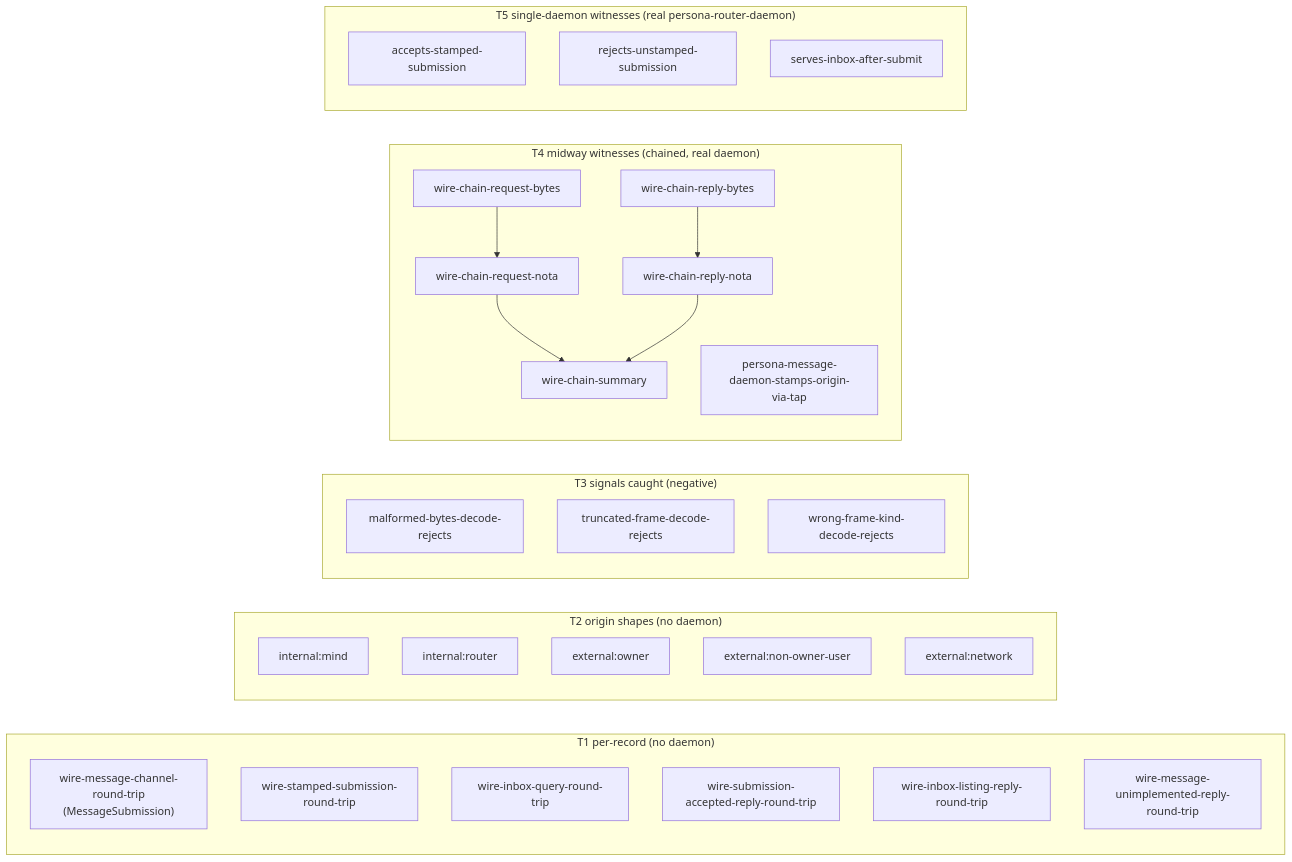
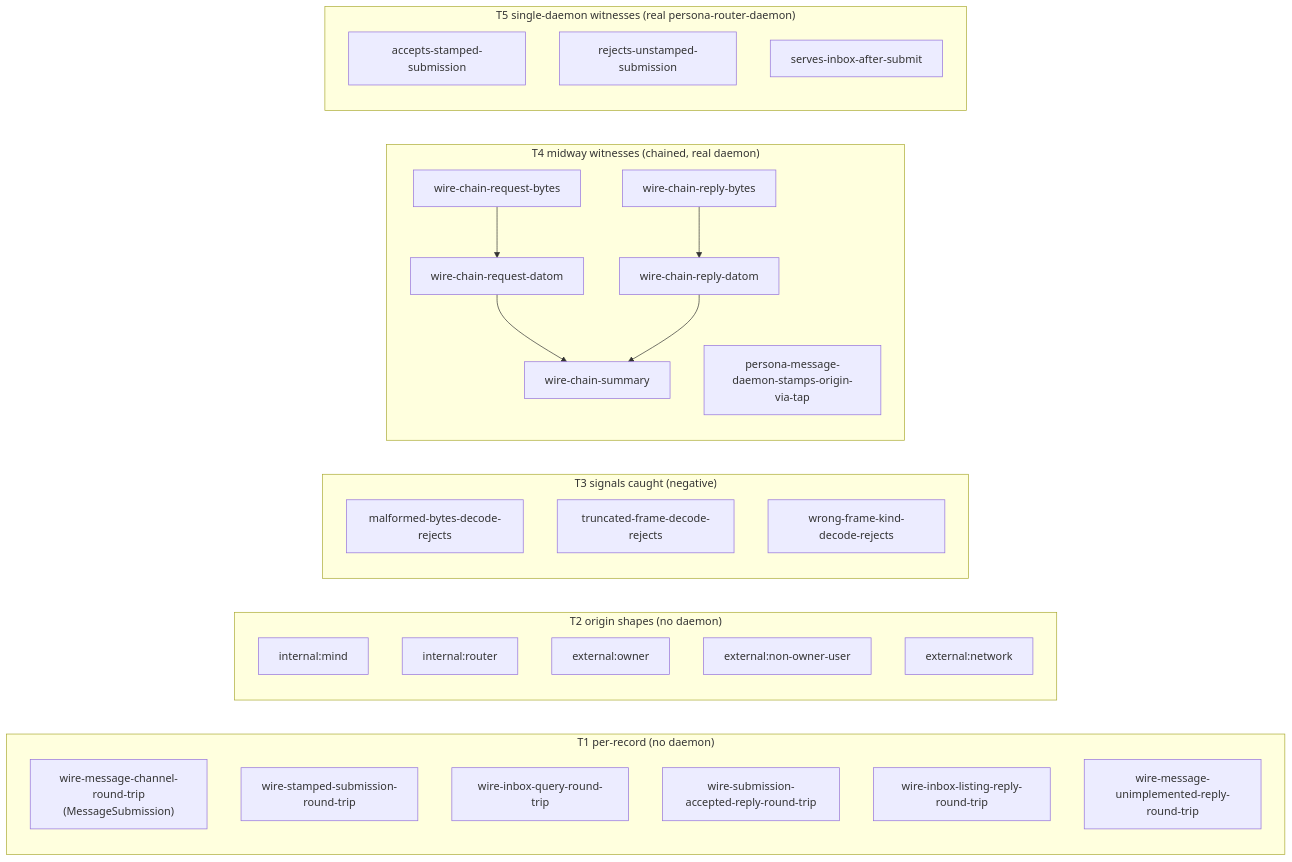
Before and after one commit to LiGoldragon/persona: the first of 3 diagrams in TESTS.md, drawn with Mermaid. The commit also changed other lines of this file and 8 other files, not shown here.

First line of the commit message:
Delete dotos; rename the retired nota surface to datom

````diff
--- a/TESTS.md
+++ b/TESTS.md
@@ -84,38 +84,38 @@
 ```mermaid
 flowchart LR
     subgraph T1["T1 per-record (no daemon)"]
         t1a["wire-message-channel-round-trip<br/>(MessageSubmission)"]
         t1b["wire-stamped-submission-round-trip"]
         t1c["wire-inbox-query-round-trip"]
         t1d["wire-submission-accepted-reply-round-trip"]
         t1e["wire-inbox-listing-reply-round-trip"]
         t1f["wire-message-unimplemented-reply-round-trip"]
     end
     subgraph T2["T2 origin shapes (no daemon)"]
         t2a["internal:mind"]
         t2b["internal:router"]
         t2c["external:owner"]
         t2d["external:non-owner-user"]
         t2e["external:network"]
     end
     subgraph T3["T3 signals caught (negative)"]
         t3a["malformed-bytes-decode-rejects"]
         t3b["truncated-frame-decode-rejects"]
         t3c["wrong-frame-kind-decode-rejects"]
     end
     subgraph T4["T4 midway witnesses (chained, real daemon)"]
         t4a["wire-chain-request-bytes"]
-        t4b["wire-chain-request-nota"]
+        t4b["wire-chain-request-datom"]
         t4c["wire-chain-reply-bytes"]
-        t4d["wire-chain-reply-nota"]
+        t4d["wire-chain-reply-datom"]
         t4e["wire-chain-summary"]
         t4f["persona-message-daemon-stamps-origin-via-tap"]
         t4a --> t4b --> t4e
         t4c --> t4d --> t4e
     end
     subgraph T5["T5 single-daemon witnesses (real persona-router-daemon)"]
         t5a["accepts-stamped-submission"]
         t5b["rejects-unstamped-submission"]
         t5c["serves-inbox-after-submit"]
     end
 ```
````
